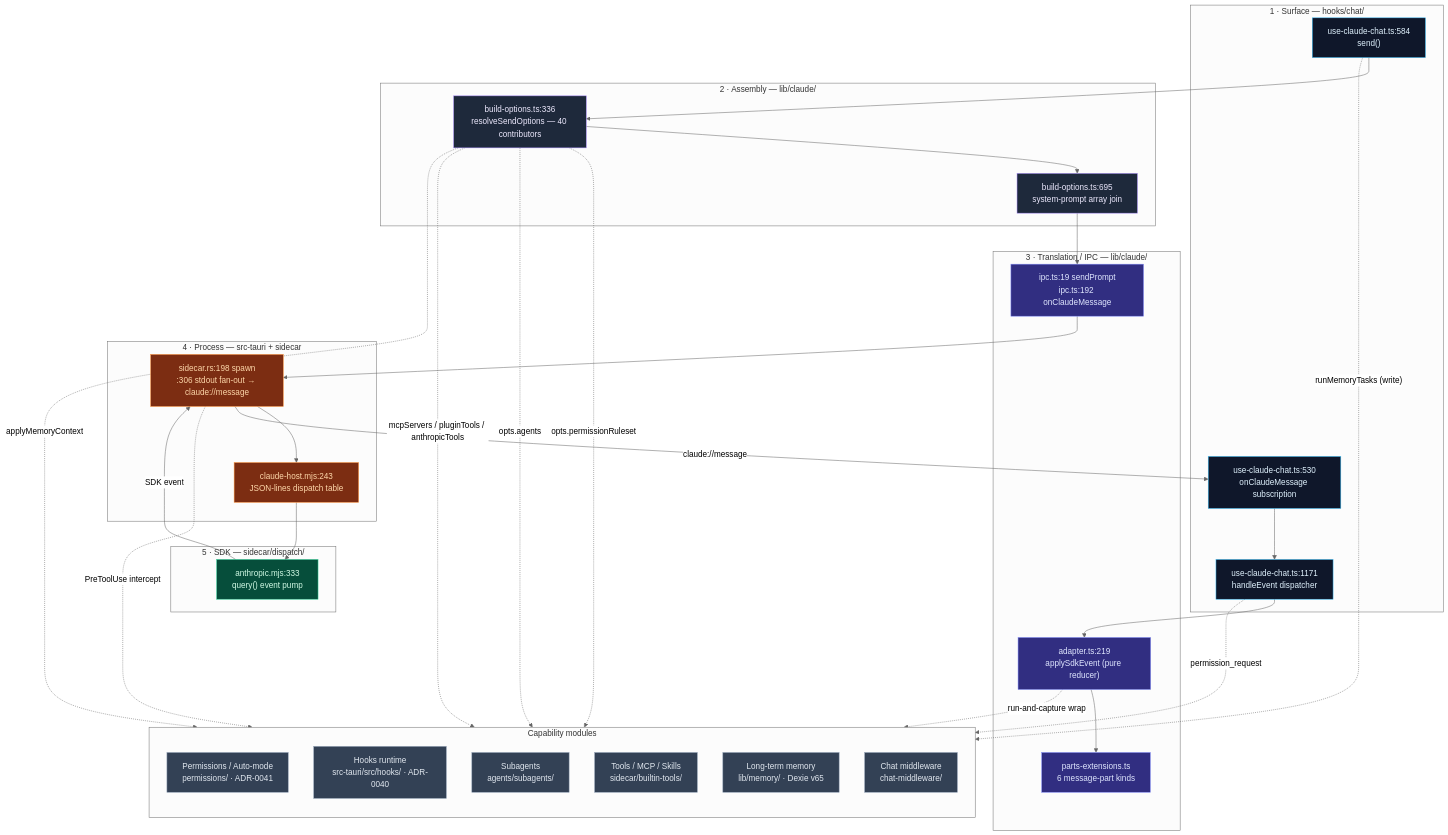
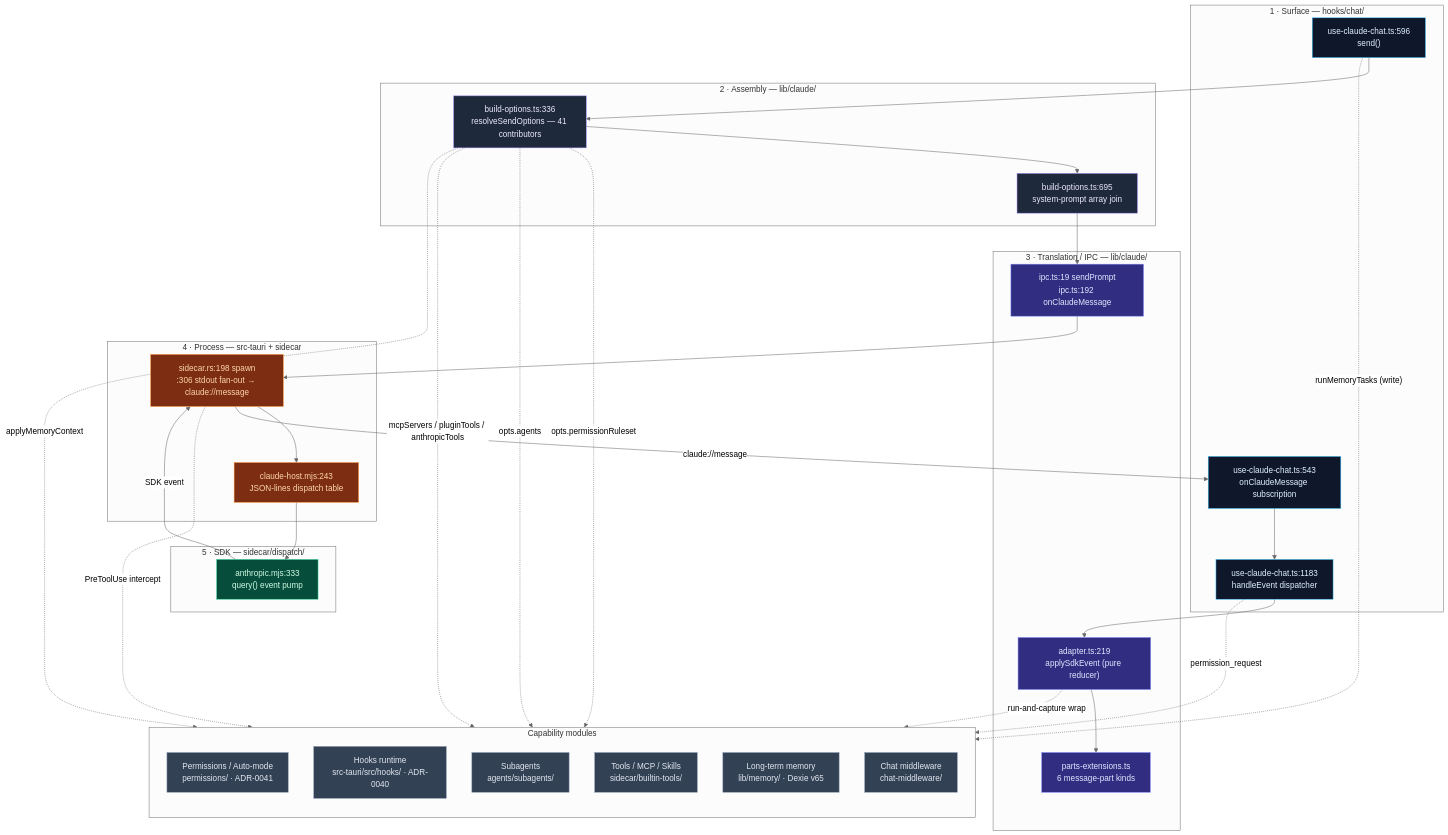
Before and after one commit to MaxQian888/cognia-next: the first of 2 diagrams in docs/content/docs/en/chat/built-in-agent/index.mdx, drawn with Mermaid (neutral theme). The commit also changed other lines of this file and 17 other files, not shown here.

````diff
--- a/docs/content/docs/en/chat/built-in-agent/index.mdx
+++ b/docs/content/docs/en/chat/built-in-agent/index.mdx
@@ -44,64 +44,64 @@
 ```mermaid
 flowchart TB
   subgraph SURFACE["1 · Surface — hooks/chat/"]
-    SEND["use-claude-chat.ts:584<br/>send()"]
-    SUBS["use-claude-chat.ts:530<br/>onClaudeMessage subscription"]
-    HANDLE["use-claude-chat.ts:1171<br/>handleEvent dispatcher"]
+    SEND["use-claude-chat.ts:596<br/>send()"]
+    SUBS["use-claude-chat.ts:543<br/>onClaudeMessage subscription"]
+    HANDLE["use-claude-chat.ts:1183<br/>handleEvent dispatcher"]
   end
 
   subgraph ASSEMBLY["2 · Assembly — lib/claude/"]
-    BUILD["build-options.ts:336<br/>resolveSendOptions — 40 contributors"]
+    BUILD["build-options.ts:336<br/>resolveSendOptions — 41 contributors"]
     SYS["build-options.ts:695<br/>system-prompt array join"]
   end
 
   subgraph IPC["3 · Translation / IPC — lib/claude/"]
     IPCWRAP["ipc.ts:19 sendPrompt<br/>ipc.ts:192 onClaudeMessage"]
     ADAPT["adapter.ts:219<br/>applySdkEvent (pure reducer)"]
     PARTS["parts-extensions.ts<br/>6 message-part kinds"]
   end
 
   subgraph PROCESS["4 · Process — src-tauri + sidecar"]
     RUST["sidecar.rs:198 spawn<br/>:306 stdout fan-out → claude://message"]
     HOST["claude-host.mjs:243<br/>JSON-lines dispatch table"]
   end
 
   subgraph SDK["5 · SDK — sidecar/dispatch/"]
     QUERY["anthropic.mjs:333<br/>query() event pump"]
   end
 
   subgraph MODULES["Capability modules"]
     direction TB
     PERM["Permissions / Auto-mode<br/>permissions/ · ADR-0041"]
     HOOKS["Hooks runtime<br/>src-tauri/src/hooks/ · ADR-0040"]
     SUBAG["Subagents<br/>agents/subagents/"]
     TOOLS["Tools / MCP / Skills<br/>sidecar/builtin-tools/"]
     MEM["Long-term memory<br/>lib/memory/ · Dexie v65"]
     MID["Chat middleware<br/>chat-middleware/"]
   end
 
   SEND --> BUILD --> SYS --> IPCWRAP --> RUST --> HOST --> QUERY
   QUERY -- "SDK event" --> RUST -- "claude://message" --> SUBS --> HANDLE --> ADAPT
   ADAPT --> PARTS
 
   BUILD -.->|"opts.permissionRuleset"| PERM
   HANDLE -.->|"permission_request"| PERM
   RUST -.->|"PreToolUse intercept"| HOOKS
   BUILD -.->|"opts.agents"| SUBAG
   BUILD -.->|"mcpServers / pluginTools / anthropicTools"| TOOLS
   BUILD -.->|"applyMemoryContext"| MEM
   SEND -.->|"runMemoryTasks (write)"| MEM
   ADAPT -.->|"run-and-capture wrap"| MID
 
   classDef surface fill:#0f172a,stroke:#38bdf8,color:#e0f2fe
   classDef assembly fill:#1e293b,stroke:#a78bfa,color:#ede9fe
   classDef ipc fill:#312e81,stroke:#818cf8,color:#e0e7ff
   classDef process fill:#7c2d12,stroke:#fb923c,color:#fed7aa
   classDef sdk fill:#064e3b,stroke:#34d399,color:#d1fae5
   classDef mod fill:#334155,stroke:#94a3b8,color:#e2e8f0
   class SEND,SUBS,HANDLE surface
   class BUILD,SYS assembly
   class IPCWRAP,ADAPT,PARTS ipc
   class RUST,HOST process
   class QUERY sdk
   class PERM,HOOKS,SUBAG,TOOLS,MEM,MID mod
 ```
````
